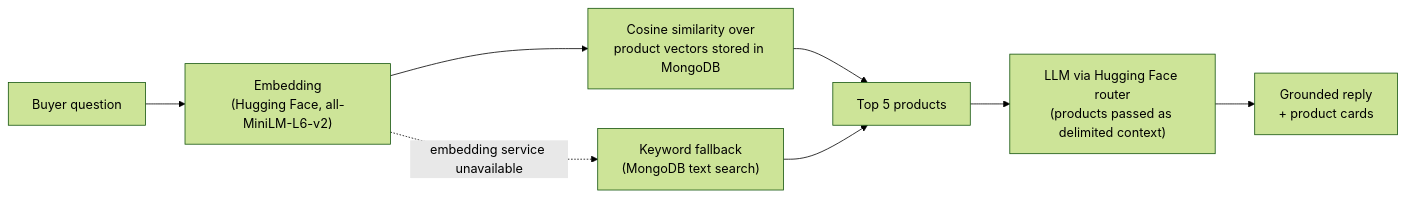
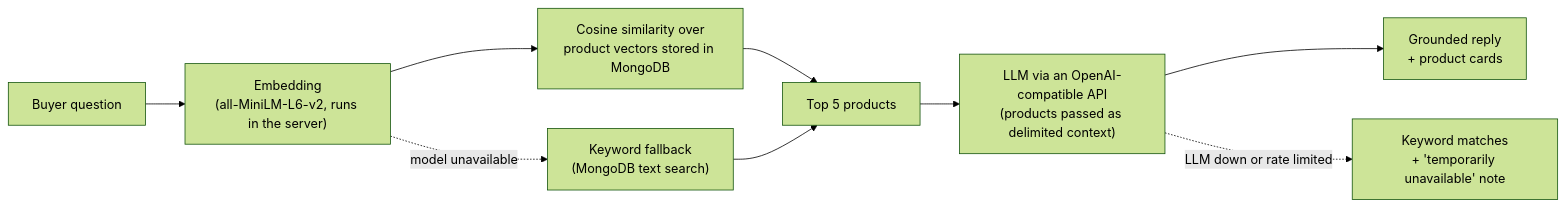
One commit to manideep311/Vastra changed the diagram in README.md. Above: the diagram before and after it, drawn with Mermaid (forest theme). The commit also changed other lines of this file and 2 other files, not shown here.

Commit message:
Document the free embedding and chat setup

````diff
--- a/README.md
+++ b/README.md
@@ -38,10 +38,11 @@
 ```mermaid
 flowchart LR
-    Q["Buyer question"] --> E["Embedding<br/>(Hugging Face, all-MiniLM-L6-v2)"]
+    Q["Buyer question"] --> E["Embedding<br/>(all-MiniLM-L6-v2, runs in the server)"]
     E --> S["Cosine similarity over<br/>product vectors stored in MongoDB"]
     S --> T["Top 5 products"]
-    T --> L["LLM via Hugging Face router<br/>(products passed as delimited context)"]
+    T --> L["LLM via an OpenAI-compatible API<br/>(products passed as delimited context)"]
     L --> R["Grounded reply<br/>+ product cards"]
-    E -.->|embedding service unavailable| K["Keyword fallback<br/>(MongoDB text search)"]
+    E -.->|model unavailable| K["Keyword fallback<br/>(MongoDB text search)"]
     K --> T
+    L -.->|LLM down or rate limited| F["Keyword matches<br/>+ 'temporarily unavailable' note"]
 ```
````
